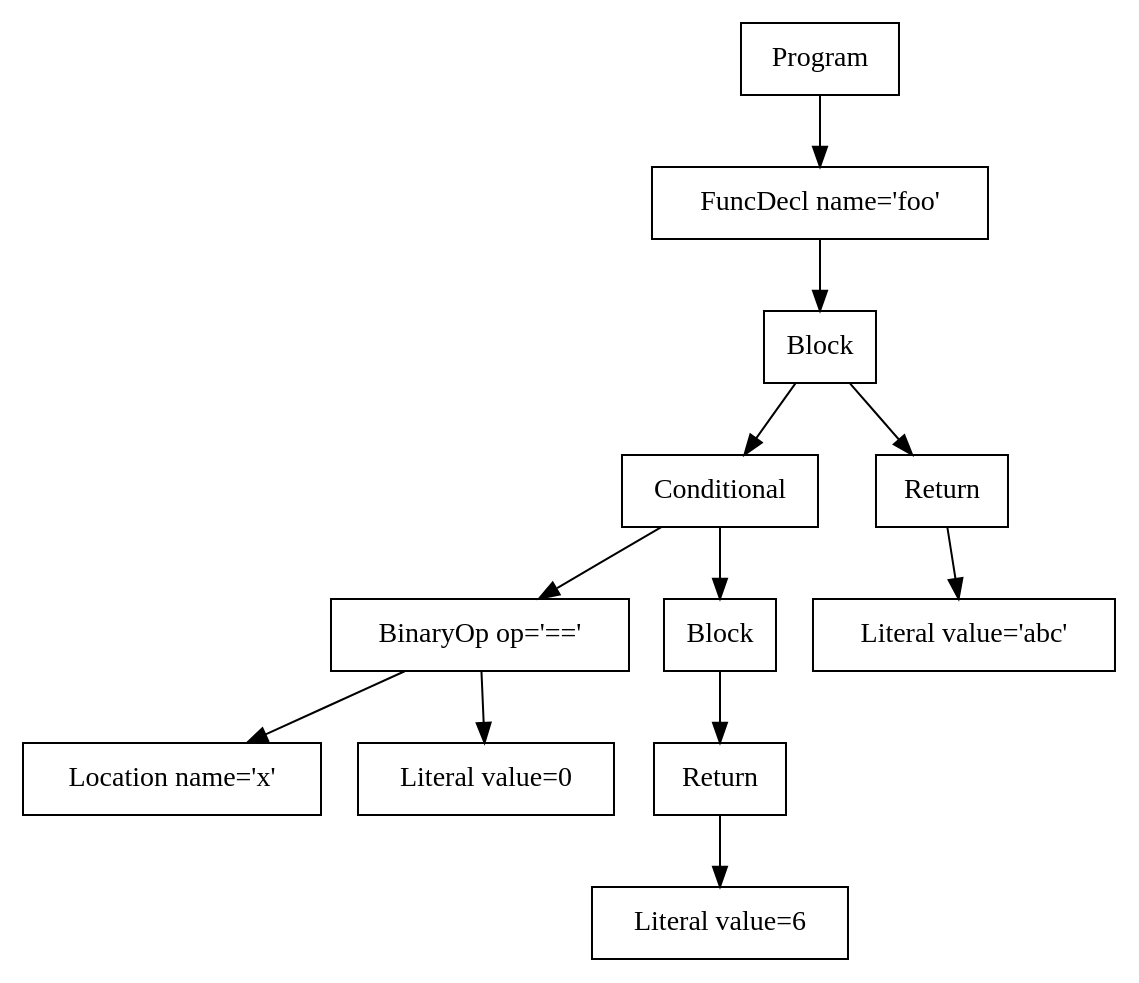
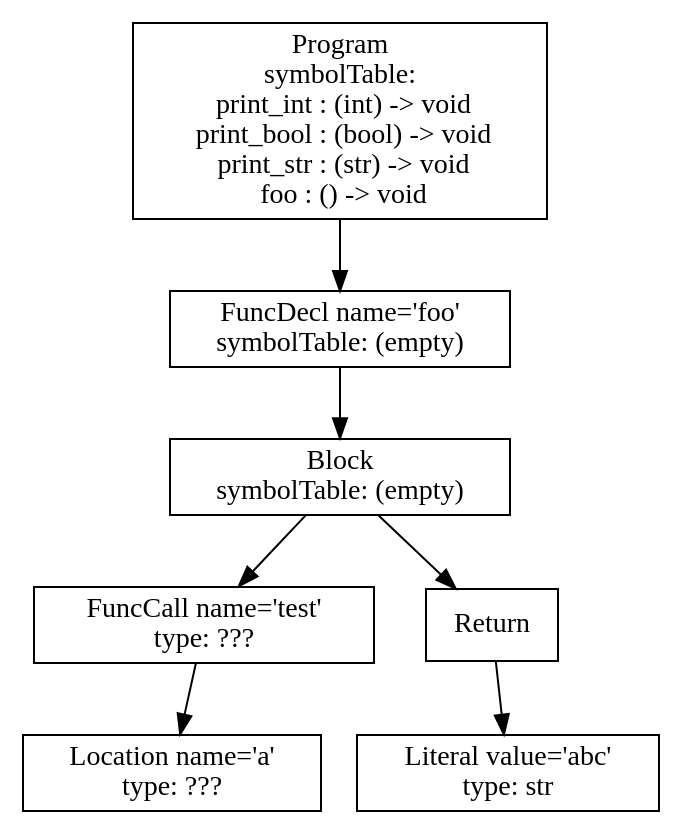
Before and after one commit to phamml/p2-parser: the diagram in tree.dot, drawn with Graphviz. The commit also changed 5 other files, not shown here.

```diff
--- a/tree.dot
+++ b/tree.dot
@@ -1,25 +1,15 @@
 digraph AST {
-5 [shape=box, label="Location name='x'"];
-6 [shape=box, label="Literal value=0"];
-4 [shape=box, label="BinaryOp op='=='"];
-4 -> 5;
-4 -> 6;
-9 [shape=box, label="Literal value=6"];
-8 [shape=box, label="Return"];
-8 -> 9;
-7 [shape=box, label="Block"];
-7 -> 8;
-3 [shape=box, label="Conditional"];
+4 [shape=box, label="Location name='a'\ntype: ???"];
+3 [shape=box, label="FuncCall name='test'\ntype: ???"];
 3 -> 4;
-3 -> 7;
-11 [shape=box, label="Literal value='abc'"];
-10 [shape=box, label="Return"];
-10 -> 11;
-2 [shape=box, label="Block"];
+6 [shape=box, label="Literal value='abc'\ntype: str"];
+5 [shape=box, label="Return"];
+5 -> 6;
+2 [shape=box, label="Block\nsymbolTable: (empty)"];
 2 -> 3;
-2 -> 10;
-1 [shape=box, label="FuncDecl name='foo'"];
+2 -> 5;
+1 [shape=box, label="FuncDecl name='foo'\nsymbolTable: (empty)"];
 1 -> 2;
-0 [shape=box, label="Program"];
+0 [shape=box, label="Program\nsymbolTable: \n  print_int : (int) -> void\n  print_bool : (bool) -> void\n  print_str : (str) -> void\n  foo : () -> void"];
 0 -> 1;
 }
```
